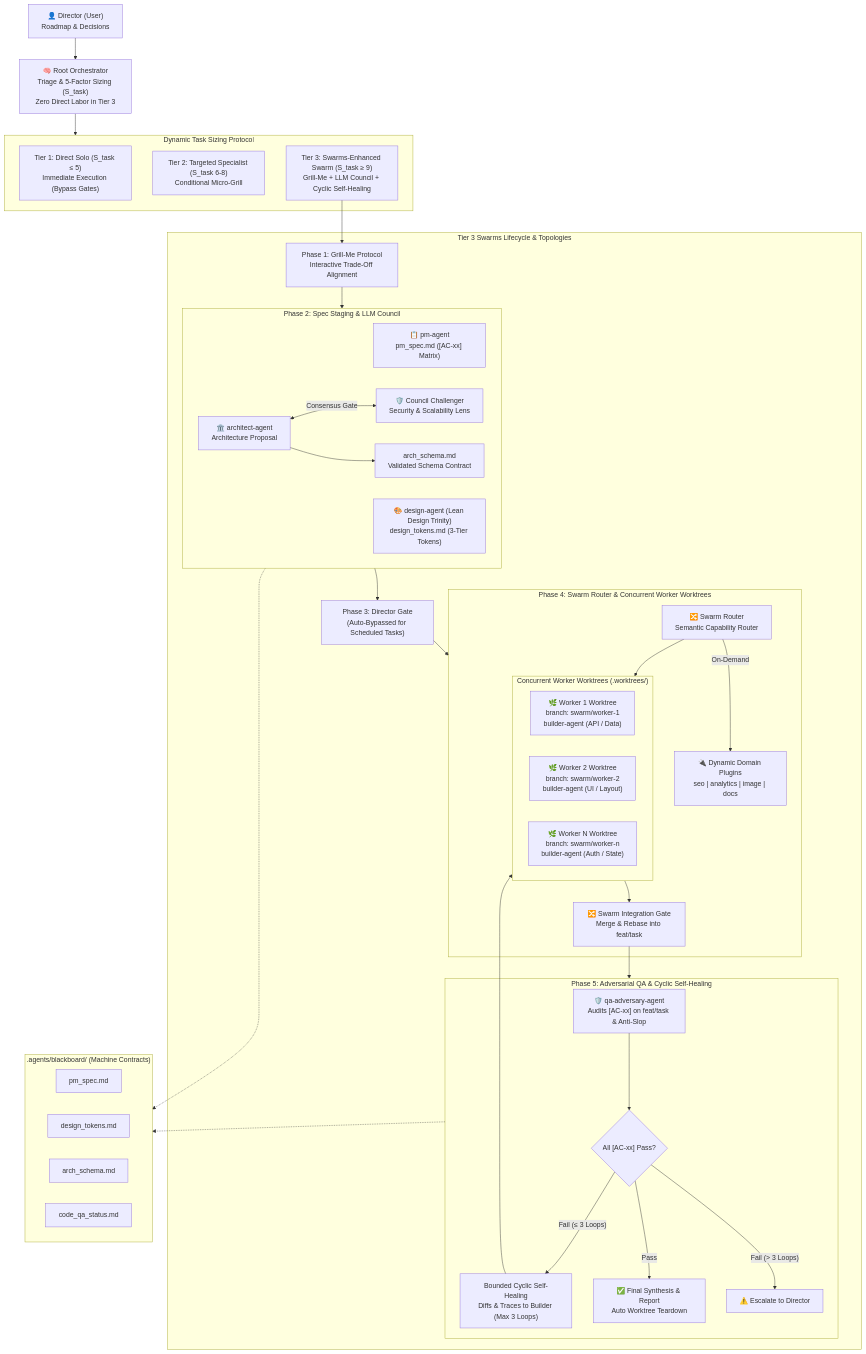
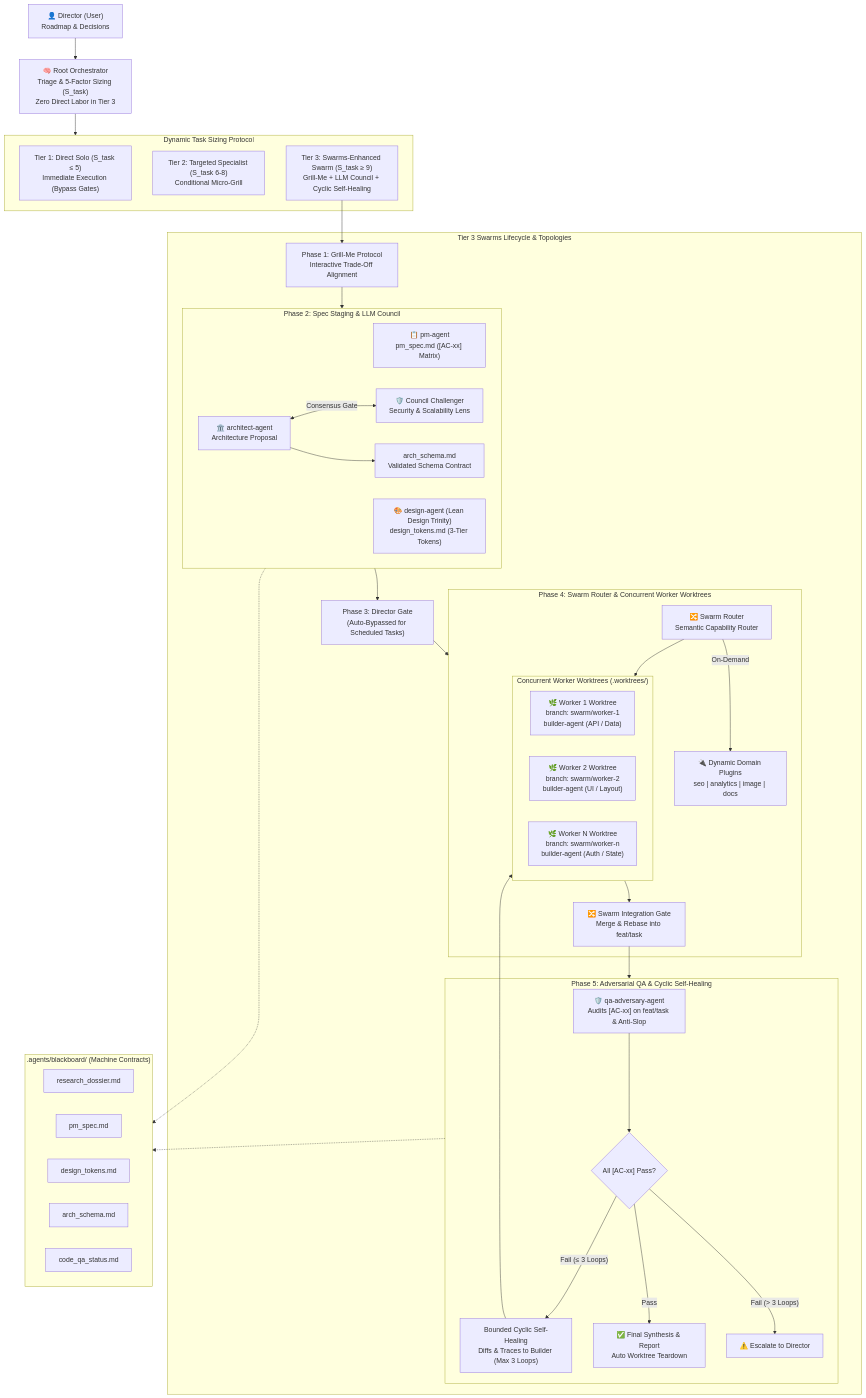
One commit to Way-Neh/Wayne-Custom-Orchestra changed the diagram in README.md. Above: the diagram before and after it, drawn with Mermaid. The commit also changed other lines of this file and 16 other files, not shown here.

````diff
--- a/README.md
+++ b/README.md
@@ -19,69 +19,70 @@
 ```mermaid
 flowchart TD
     Director["👤 Director (User)<br/>Roadmap & Decisions"] 
     --> Orch["🧠 Root Orchestrator<br/>Triage & 5-Factor Sizing (S_task)<br/>Zero Direct Labor in Tier 3"]
 
     subgraph Sizing ["Dynamic Task Sizing Protocol"]
         Tier1["Tier 1: Direct Solo (S_task &le; 5)<br/>Immediate Execution (Bypass Gates)"]
         Tier2["Tier 2: Targeted Specialist (S_task 6-8)<br/>Conditional Micro-Grill"]
         Tier3["Tier 3: Swarms-Enhanced Swarm (S_task &ge; 9)<br/>Grill-Me + LLM Council + Cyclic Self-Healing"]
     end
     Orch --> Sizing
 
     subgraph Lifecycle ["Tier 3 Swarms Lifecycle & Topologies"]
         P1["Phase 1: Grill-Me Protocol<br/>Interactive Trade-Off Alignment"]
         
         subgraph Council ["Phase 2: Spec Staging & LLM Council"]
             PM_Spec["📋 pm-agent<br/>pm_spec.md ([AC-xx] Matrix)"]
             Design_Spec["🎨 design-agent (Lean Design Trinity)<br/>design_tokens.md (3-Tier Tokens)"]
             Arch_Prop["🏛️ architect-agent<br/>Architecture Proposal"]
             Challenger["🛡️ Council Challenger<br/>Security & Scalability Lens"]
             Arch_Prop <-->|"Consensus Gate"| Challenger
             Arch_Prop --> Arch_Spec["arch_schema.md<br/>Validated Schema Contract"]
         end
         
         P3["Phase 3: Director Gate<br/>(Auto-Bypassed for Scheduled Tasks)"]
         
         subgraph Execution ["Phase 4: Swarm Router & Concurrent Worker Worktrees"]
             Router["🔀 Swarm Router<br/>Semantic Capability Router"]
             
             subgraph Worktrees ["Concurrent Worker Worktrees (.worktrees/)"]
                 W1["🌿 Worker 1 Worktree<br/>branch: swarm/worker-1<br/>builder-agent (API / Data)"]
                 W2["🌿 Worker 2 Worktree<br/>branch: swarm/worker-2<br/>builder-agent (UI / Layout)"]
                 WN["🌿 Worker N Worktree<br/>branch: swarm/worker-n<br/>builder-agent (Auth / State)"]
             end
 
             Plugins["🔌 Dynamic Domain Plugins<br/>seo | analytics | image | docs"]
             Gate["🔀 Swarm Integration Gate<br/>Merge & Rebase into feat/task"]
 
             Router --> Worktrees
             Router -->|"On-Demand"| Plugins
             Worktrees --> Gate
         end
         
         subgraph Verification ["Phase 5: Adversarial QA & Cyclic Self-Healing"]
             QA["🛡️ qa-adversary-agent<br/>Audits [AC-xx] on feat/task & Anti-Slop"]
             Heal{"All [AC-xx] Pass?"}
             Loop["Bounded Cyclic Self-Healing<br/>Diffs & Traces to Builder (Max 3 Loops)"]
             QA --> Heal
             Heal -- "Fail (&le; 3 Loops)" --> Loop --> Worktrees
             Heal -- "Pass" --> Synthesis["✅ Final Synthesis & Report<br/>Auto Worktree Teardown"]
             Heal -- "Fail (> 3 Loops)" --> Escalate["⚠️ Escalate to Director"]
         end
     end
 
     Tier3 --> P1
     P1 --> Council
     Council --> P3
     P3 --> Execution
     Gate --> Verification
 
     subgraph Blackboard [".agents/blackboard/ (Machine Contracts)"]
+        BB_Research["research_dossier.md"]
         BB_PM["pm_spec.md"]
         BB_Design["design_tokens.md"]
         BB_Arch["arch_schema.md"]
         BB_QA["code_qa_status.md"]
     end
     Council -.-> Blackboard
     Verification -.-> Blackboard
 ```
````
